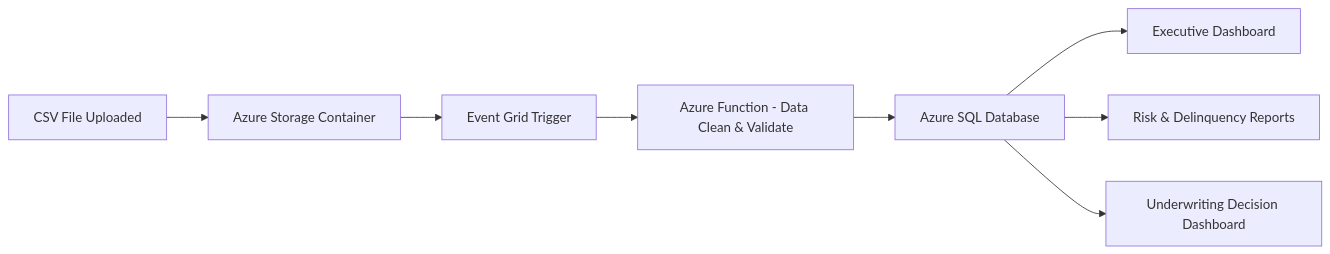
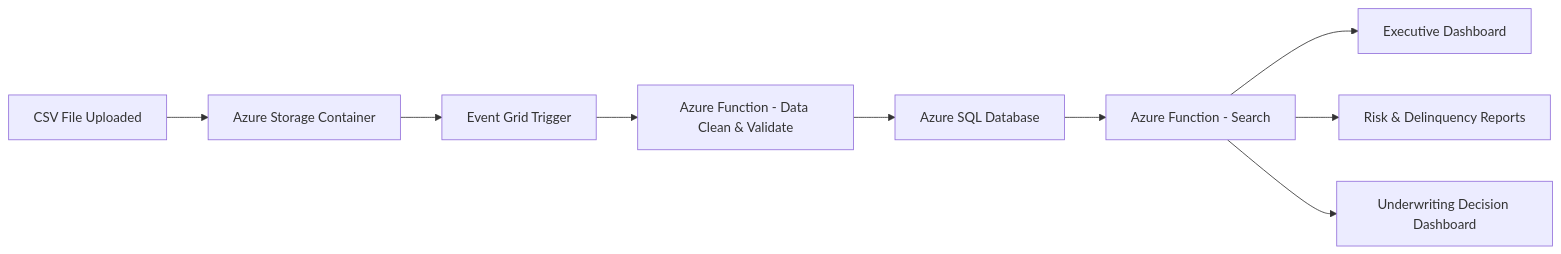
The diagram in README.md (oigbokwe73/Credit-Risk-and-Loan-Portfolio-Reporting), drawn with Mermaid before and after one commit.

Commit message:
Update flow diagram in README for Azure functions

````diff
--- a/README.md
+++ b/README.md
@@ -180,10 +180,11 @@
 ```mermaid
 flowchart LR
     A[CSV File Uploaded] --> B[Azure Storage Container]
     B --> C[Event Grid Trigger]
     C --> D[Azure Function - Data Clean & Validate]
     D --> E[Azure SQL Database]
-    E --> F[Executive Dashboard]
-    E --> G[Risk & Delinquency Reports]
-    E --> H[Underwriting Decision Dashboard]
+    E --> F[Azure Function - Search]
+    F --> G[Executive Dashboard]
+    F --> H[Risk & Delinquency Reports]
+    F --> I[Underwriting Decision Dashboard]
 ```
````
